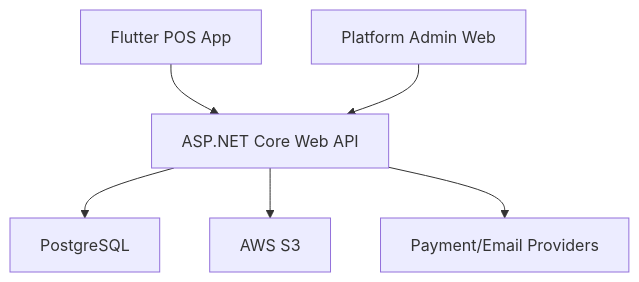
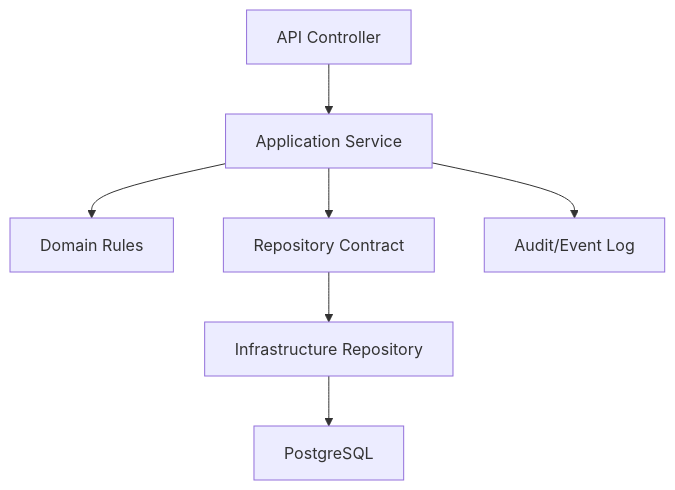
Before and after one commit to unicomproject/Pos-system-Knowledge: the diagram in 05_BACKEND_ARCHITECTURE/Backend_Overview.md, drawn with Mermaid. The commit also changed other lines of this file and 430 other files, not shown here.

````diff
--- a/05_BACKEND_ARCHITECTURE/Backend_Overview.md
+++ b/05_BACKEND_ARCHITECTURE/Backend_Overview.md
@@ -86,8 +57,9 @@
 ```mermaid
 flowchart TD
-    A[Flutter POS App] --> B[ASP.NET Core Web API]
-    C[Platform Admin Web] --> B
-    B --> D[PostgreSQL]
-    B --> E[AWS S3]
-    B --> F[Payment/Email Providers]
+    A[API Controller] --> B[Application Service]
+    B --> C[Domain Rules]
+    B --> D[Repository Contract]
+    D --> E[Infrastructure Repository]
+    E --> F[PostgreSQL]
+    B --> G[Audit/Event Log]
 ```
````
